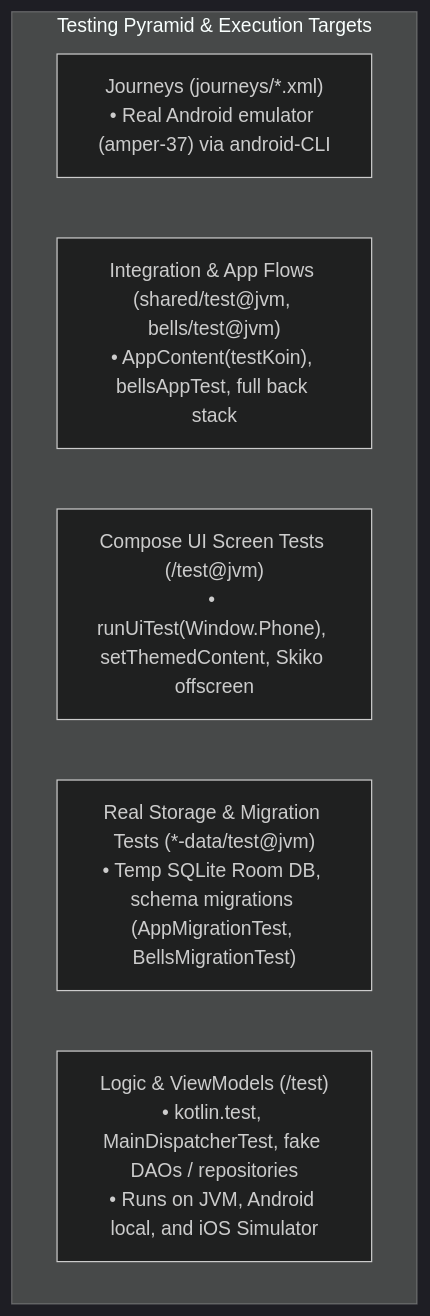
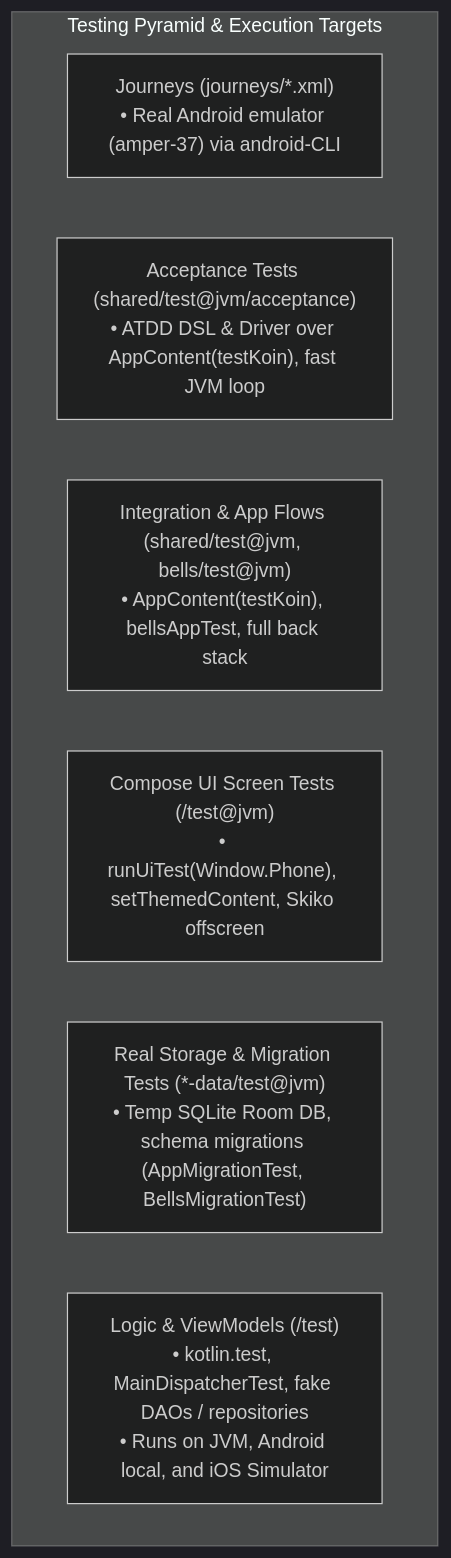
One commit to smithjustinn84-netizen/interval changed the diagram in docs/testing.md. Above: the diagram before and after it, drawn with Mermaid (dark theme). The commit also changed other lines of this file and 1 other file, not shown here.

Commit message:
Docs: add Acceptance Test-Driven Development (ATDD) process and driver guide

````diff
--- a/docs/testing.md
+++ b/docs/testing.md
@@ -7,10 +7,11 @@
 ```mermaid
 flowchart TD
     subgraph Pyramid ["Testing Pyramid & Execution Targets"]
         E2E["Journeys (journeys/*.xml)<br/>• Real Android emulator (amper-37) via android-CLI"]
+        Acceptance["Acceptance Tests (shared/test@jvm/acceptance)<br/>• ATDD DSL & Driver over AppContent(testKoin), fast JVM loop"]
         AppFlows["Integration & App Flows (shared/test@jvm, bells/test@jvm)<br/>• AppContent(testKoin), bellsAppTest, full back stack"]
         ScreenUI["Compose UI Screen Tests (<feature>/test@jvm)<br/>• runUiTest(Window.Phone), setThemedContent, Skiko offscreen"]
         Storage["Real Storage & Migration Tests (*-data/test@jvm)<br/>• Temp SQLite Room DB, schema migrations (AppMigrationTest, BellsMigrationTest)"]
         UnitTests["Logic & ViewModels (<module>/test)<br/>• kotlin.test, MainDispatcherTest, fake DAOs / repositories<br/>• Runs on JVM, Android local, and iOS Simulator"]
     end
 ```
````
